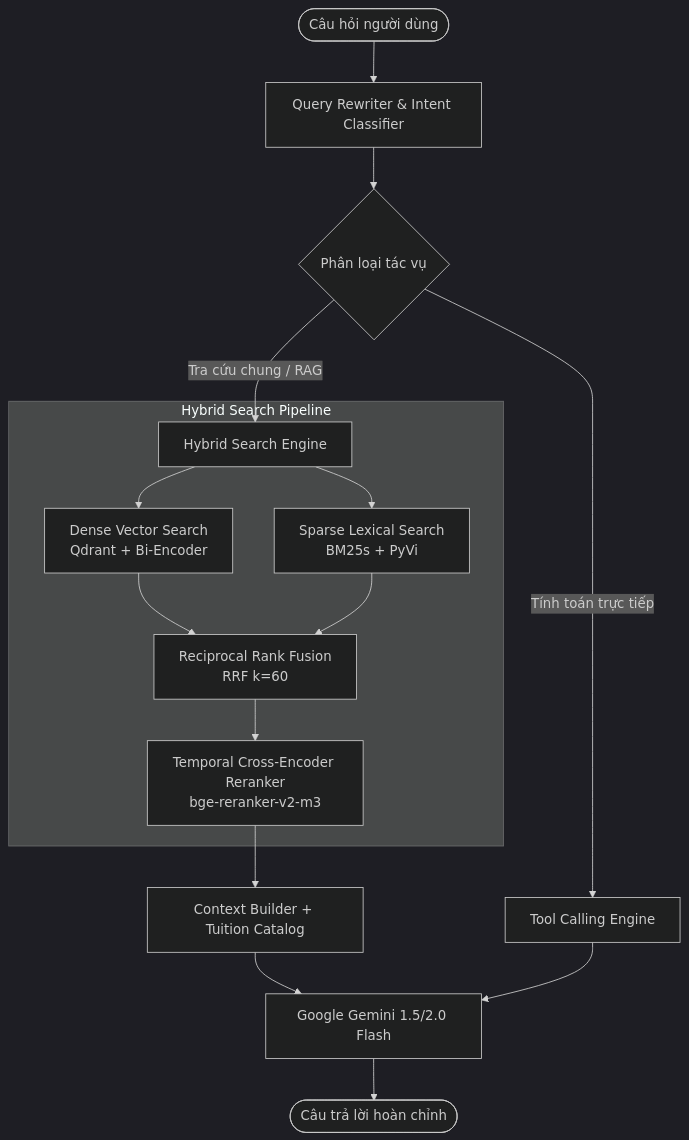
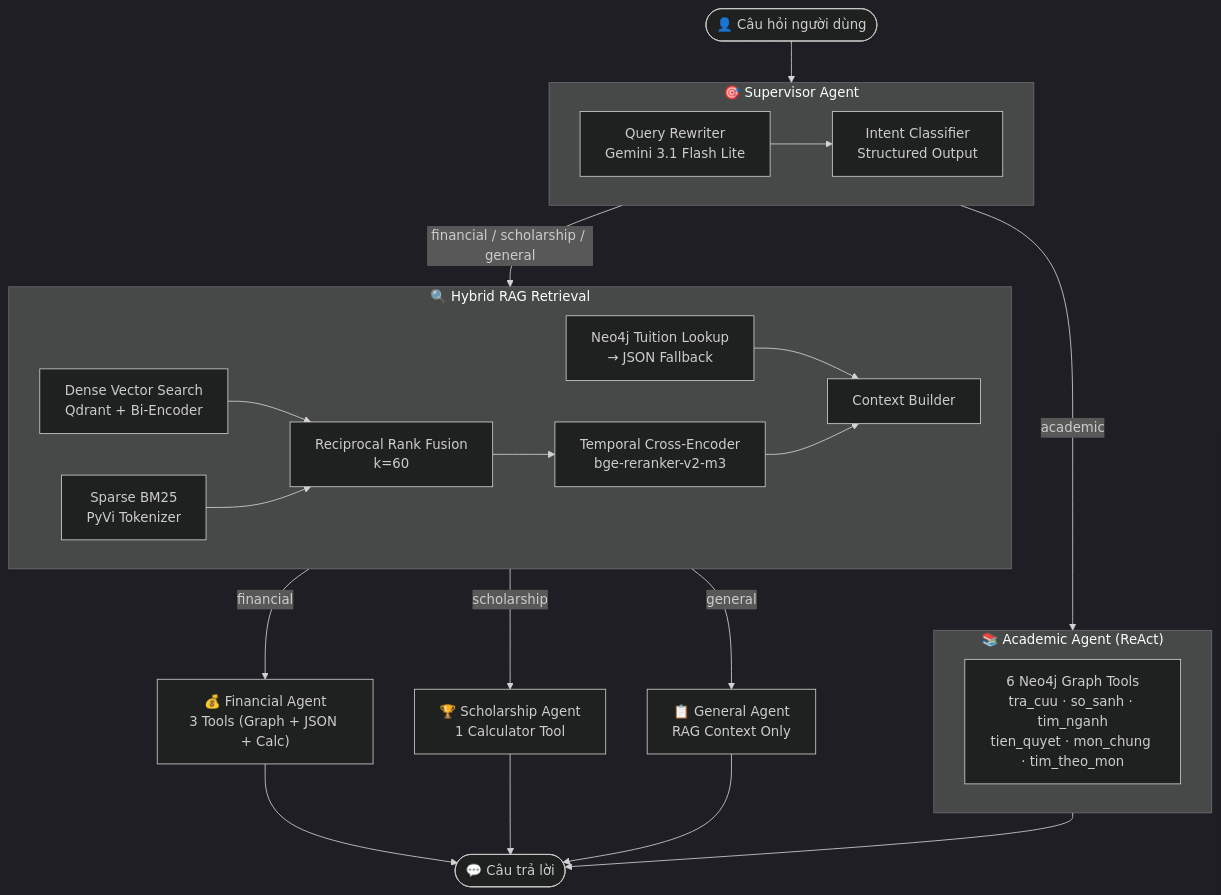
Before and after one commit to Hungcb123/CTU-Chat_bot: the diagram in README.md, drawn with Mermaid (dark theme). The commit also changed other lines of this file and 116 other files, not shown here.

````diff
--- a/README.md
+++ b/README.md
@@ -26,20 +104,32 @@
 ```mermaid
 flowchart TD
-    UserQuery([Câu hỏi người dùng]) --> Rewriter[Query Rewriter & Intent Classifier]
-    Rewriter --> Router{Phân loại tác vụ}
-    
-    Router -->|Tra cứu chung / RAG| Hybrid[Hybrid Search Engine]
-    Router -->|Tính toán trực tiếp| Tools[Tool Calling Engine]
-    
-    subgraph Hybrid Search Pipeline
-        Hybrid --> Vector[Dense Vector Search\nQdrant + Bi-Encoder]
-        Hybrid --> BM25[Sparse Lexical Search\nBM25s + PyVi]
-        Vector & BM25 --> RRF[Reciprocal Rank Fusion\nRRF k=60]
-        RRF --> Rerank[Temporal Cross-Encoder Reranker\nbge-reranker-v2-m3]
+    UserQuery([👤 Câu hỏi người dùng]) --> Supervisor
+
+    subgraph Supervisor["🎯 Supervisor Agent"]
+        QR[Query Rewriter<br/>Gemini 3.1 Flash Lite] --> IC[Intent Classifier<br/>Structured Output]
     end
-    
-    Rerank --> Context[Context Builder + Tuition Catalog]
-    Context --> LLM[Google Gemini 1.5/2.0 Flash]
-    Tools --> LLM
-    LLM --> Response([Câu trả lời hoàn chỉnh])
+
+    Supervisor -->|"academic"| AcademicAgent
+    Supervisor -->|"financial / scholarship / general"| Retrieval
+
+    subgraph AcademicAgent["📚 Academic Agent (ReAct)"]
+        Neo4jTools["6 Neo4j Graph Tools<br/>tra_cuu · so_sanh · tim_nganh<br/>tien_quyet · mon_chung · tim_theo_mon"]
+    end
+
+    subgraph Retrieval["🔍 Hybrid RAG Retrieval"]
+        VS[Dense Vector Search<br/>Qdrant + Bi-Encoder] & BM25[Sparse BM25<br/>PyVi Tokenizer]
+        VS & BM25 --> RRF[Reciprocal Rank Fusion<br/>k=60]
+        RRF --> Rerank[Temporal Cross-Encoder<br/>bge-reranker-v2-m3]
+        GraphLookup[Neo4j Tuition Lookup<br/>→ JSON Fallback] --> Context
+        Rerank --> Context[Context Builder]
+    end
+
+    Retrieval -->|"financial"| FinAgent["💰 Financial Agent<br/>3 Tools (Graph + JSON + Calc)"]
+    Retrieval -->|"scholarship"| SchoAgent["🏆 Scholarship Agent<br/>1 Calculator Tool"]
+    Retrieval -->|"general"| GenAgent["📋 General Agent<br/>RAG Context Only"]
+
+    AcademicAgent --> Response
+    FinAgent --> Response
+    SchoAgent --> Response
+    GenAgent --> Response([💬 Câu trả lời])
 ```
````
